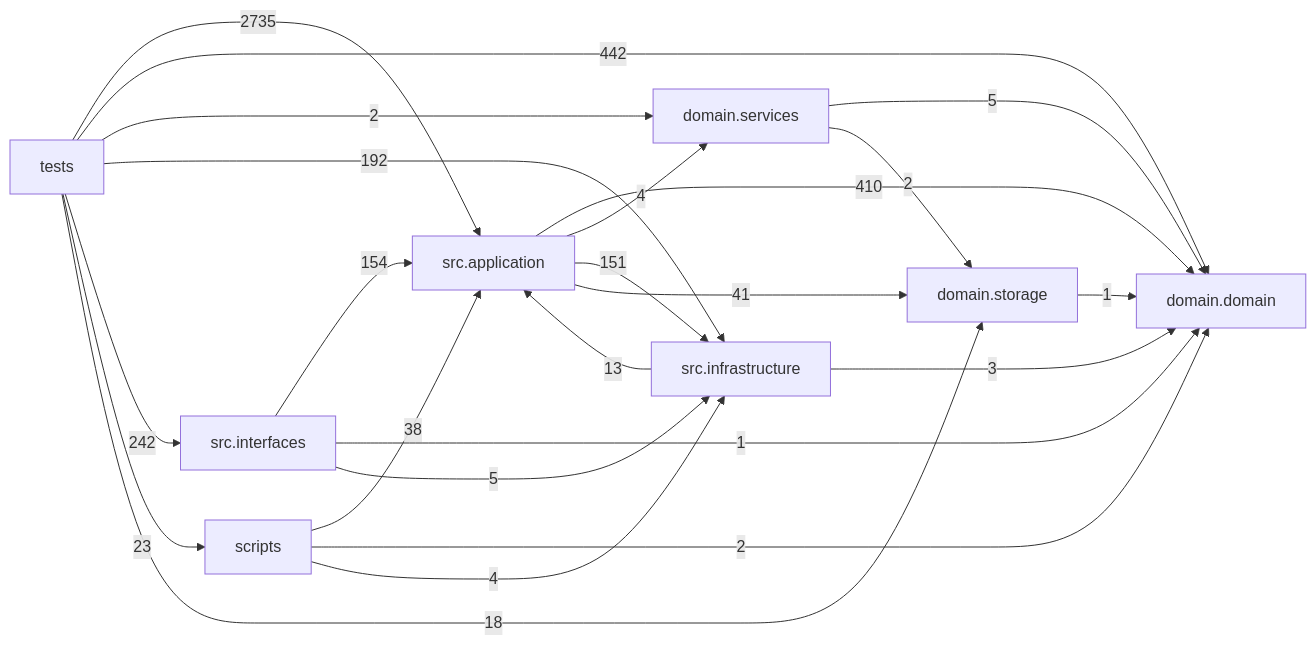
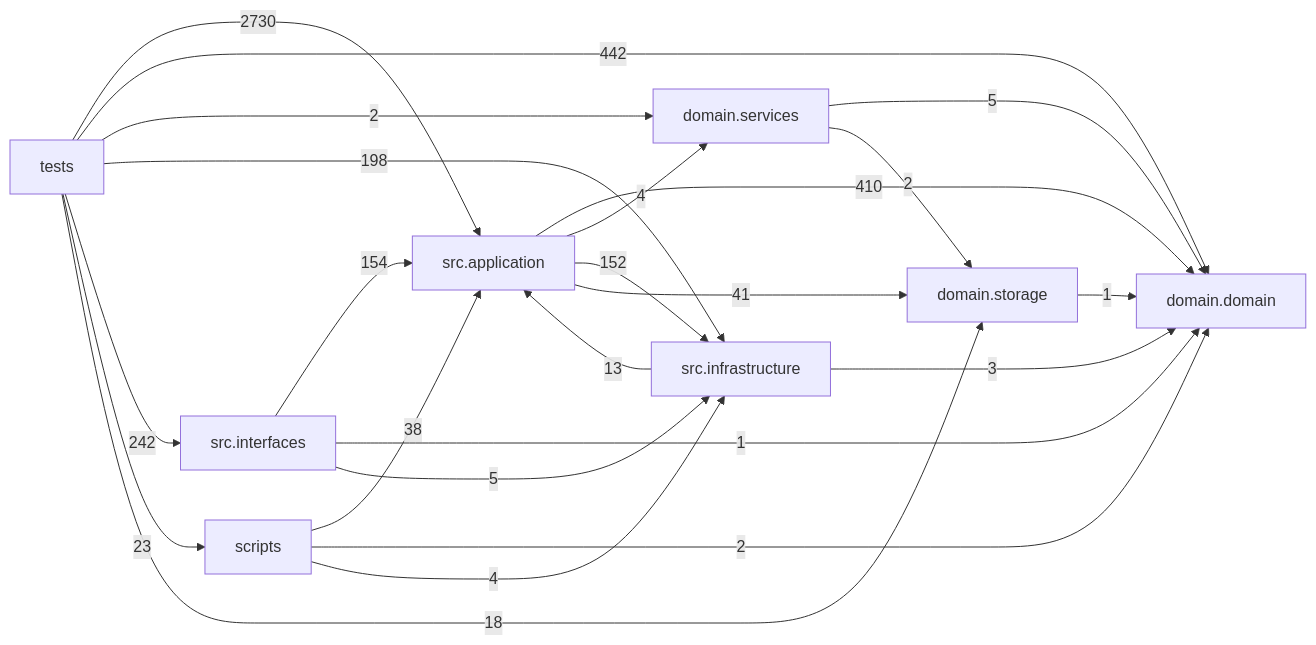
One commit to liuxie066/options-monitor changed the diagram in docs/DEPENDENCY_GRAPH.md. Above: the diagram before and after it, drawn with Mermaid. The commit also changed other lines of this file and 10 other files, not shown here.

````diff
--- a/docs/DEPENDENCY_GRAPH.md
+++ b/docs/DEPENDENCY_GRAPH.md
@@ -24,33 +24,33 @@
 ```mermaid
 flowchart LR
   tests["tests"]
   scripts["scripts"]
   interfaces["src.interfaces"]
   application["src.application"]
   infrastructure["src.infrastructure"]
   domain_services["domain.services"]
   domain["domain.domain"]
   storage["domain.storage"]
   application -->|410| domain
   application -->|4| domain_services
-  application -->|151| infrastructure
+  application -->|152| infrastructure
   application -->|41| storage
   domain_services -->|5| domain
   domain_services -->|2| storage
   infrastructure -->|13| application
   infrastructure -->|3| domain
   interfaces -->|154| application
   interfaces -->|1| domain
   interfaces -->|5| infrastructure
   scripts -->|38| application
   scripts -->|2| domain
   scripts -->|4| infrastructure
   storage -->|1| domain
-  tests -->|2735| application
+  tests -->|2730| application
   tests -->|442| domain
   tests -->|2| domain_services
-  tests -->|192| infrastructure
+  tests -->|198| infrastructure
   tests -->|242| interfaces
   tests -->|23| scripts
   tests -->|18| storage
 ```
````
